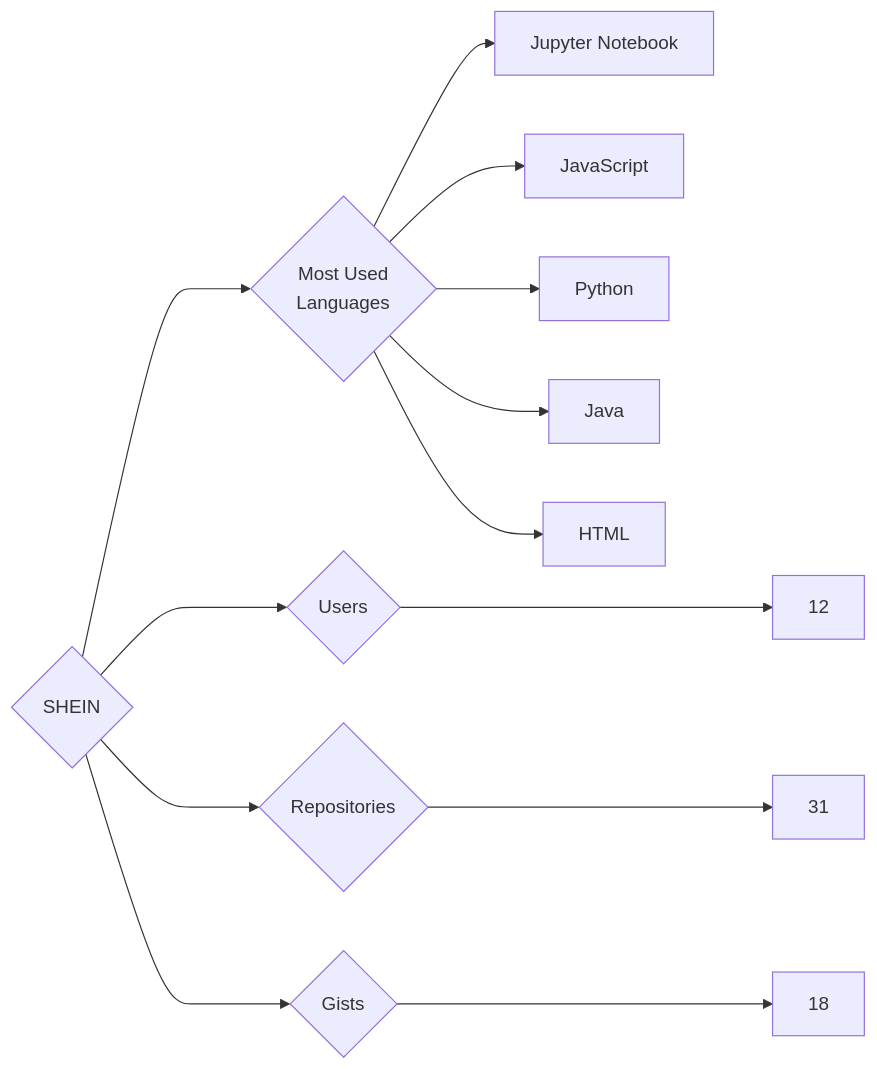
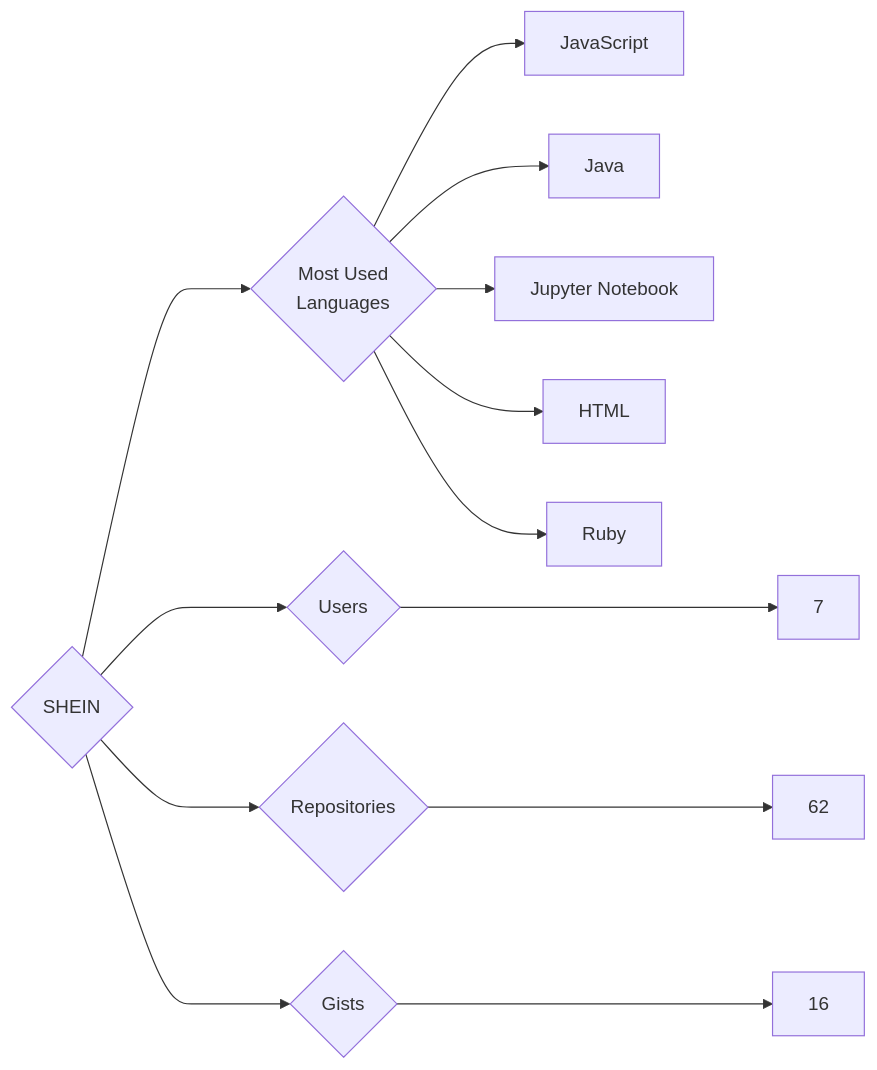
One commit to trickest/insiders changed the diagram in targets/SHEIN/README.md. Above: the diagram before and after it, drawn with Mermaid. The commit also changed 970 other files, not shown here.

````diff
--- a/targets/SHEIN/README.md
+++ b/targets/SHEIN/README.md
@@ -3,13 +3,13 @@
 ```mermaid
 graph LR
 COMPANY_NAME{SHEIN}
-COMPANY_NAME ---> U{Users} ---> UN[12]
-COMPANY_NAME ---> R{Repositories} ---> RN[31]
-COMPANY_NAME ---> G{Gists} ---> GN[18]
+COMPANY_NAME ---> U{Users} ---> UN[7]
+COMPANY_NAME ---> R{Repositories} ---> RN[62]
+COMPANY_NAME ---> G{Gists} ---> GN[16]
 COMPANY_NAME ---> ML{Most Used<br>Languages}
+ML --> JavaScript[JavaScript]
+ML --> Java[Java]
 ML --> Jupyter_Notebook[Jupyter Notebook]
-ML --> JavaScript[JavaScript]
-ML --> Python[Python]
-ML --> Java[Java]
 ML --> HTML[HTML]
+ML --> Ruby[Ruby]
 ```
````
